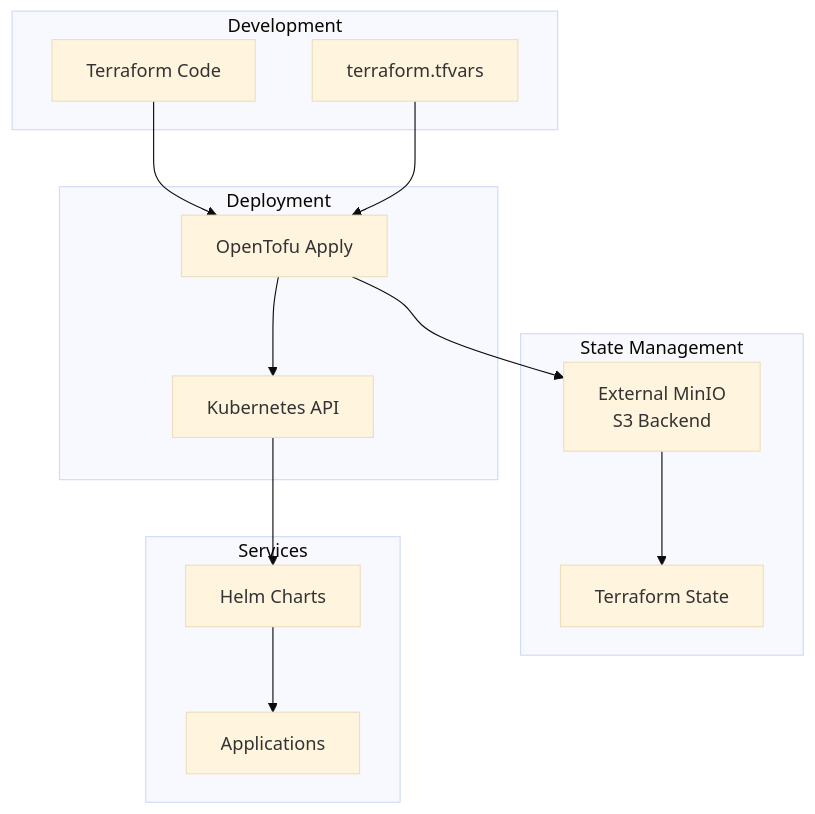
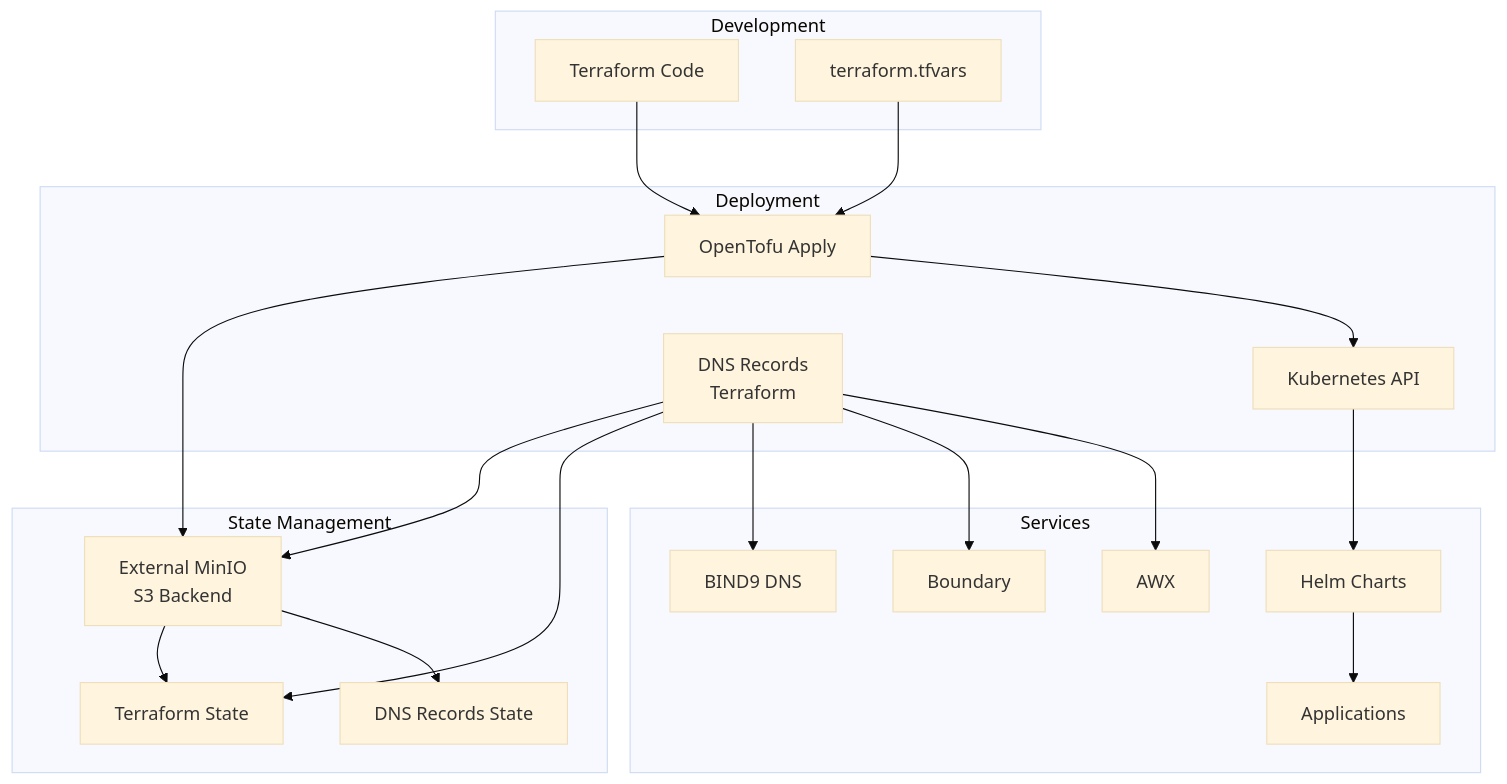
Before and after one commit to Saske912/presentation: diagram 15 of 15 in slides.md, drawn with Mermaid (base theme). The commit also changed other lines of this file and 2 other files, not shown here.

Commit message:
Add architecture documentation for Rigspace platform and create compact presentation slides. The new files detail the platform's microservices architecture, technology stack, and integration with Kubernetes and Docker Swarm, enhancing clarity and organization for better understanding of the system.

````diff
--- a/slides.md
+++ b/slides.md
@@ -1003,30 +1175,42 @@
 ```mermaid
 graph TB
     subgraph "Development"
         CODE[Terraform Code]
         TFVARS[terraform.tfvars]
     end
     
     subgraph "State Management"
         EXT_MINIO[External MinIO<br/>S3 Backend]
         STATE[Terraform State]
+        DNS_STATE[DNS Records State]
     end
     
     subgraph "Deployment"
         TOFU[OpenTofu Apply]
         K8S[Kubernetes API]
+        DNS_TERRAFORM[DNS Records<br/>Terraform]
     end
     
     subgraph "Services"
         HELM[Helm Charts]
         APPS[Applications]
+        BIND9[BIND9 DNS]
+        BOUNDARY[Boundary]
+        AWX[AWX]
     end
     
     CODE --> TOFU
     TFVARS --> TOFU
     TOFU --> EXT_MINIO
     EXT_MINIO --> STATE
     TOFU --> K8S
     K8S --> HELM
     HELM --> APPS
+    
+    DNS_TERRAFORM --> EXT_MINIO
+    EXT_MINIO --> DNS_STATE
+    DNS_TERRAFORM --> STATE
+    DNS_TERRAFORM --> BIND9
+    DNS_TERRAFORM --> BOUNDARY
+    DNS_TERRAFORM --> AWX
 ```
````
